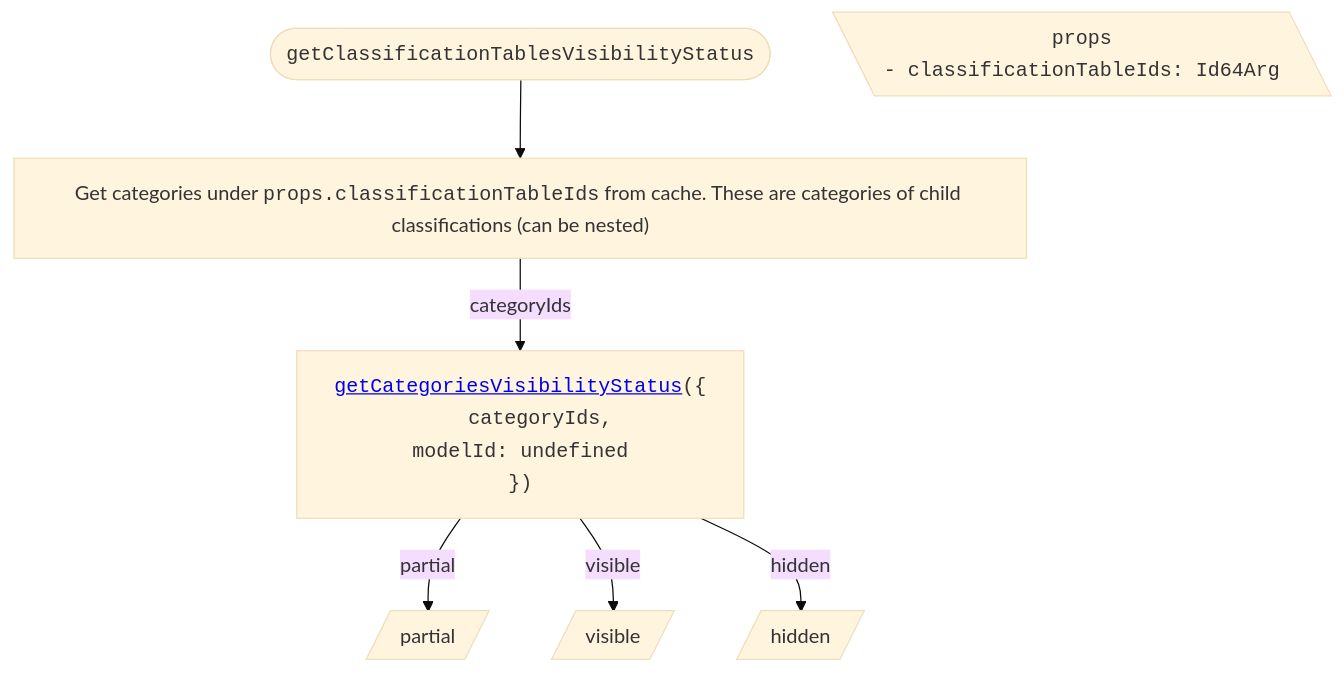
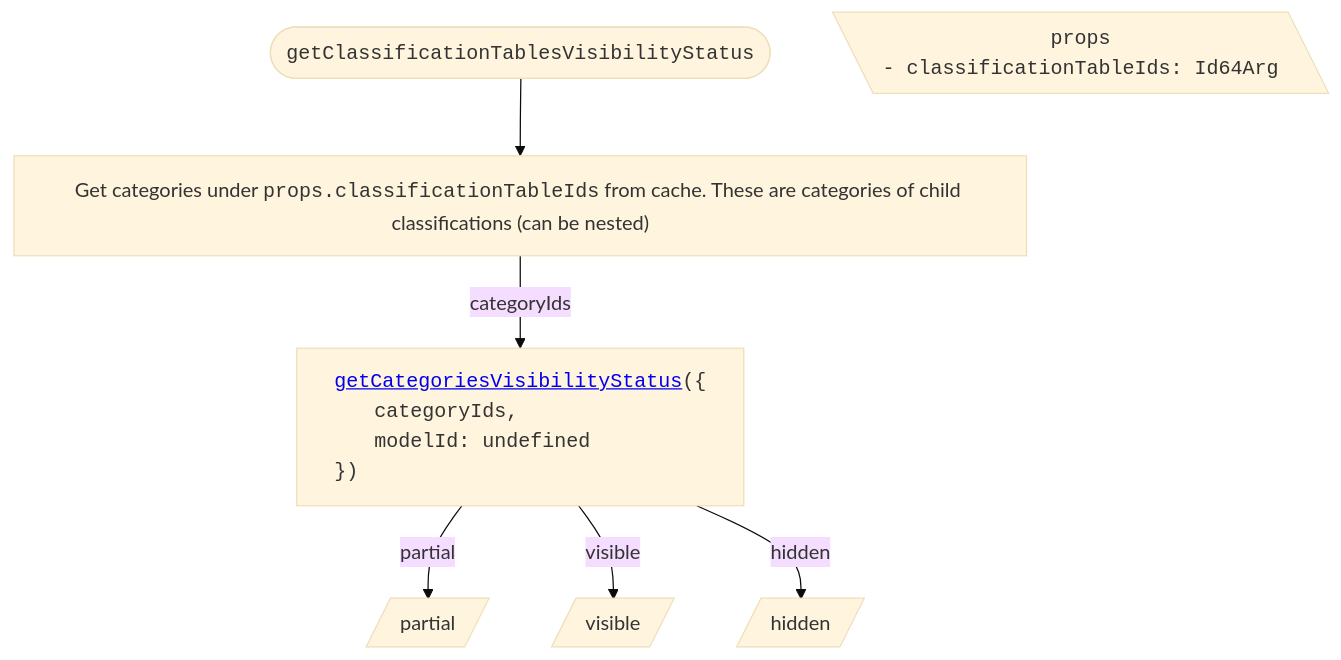
One commit to iTwin/viewer-components-react changed the first of 4 diagrams in packages/itwin/tree-widget/docs/ClassificationsTreeVisibilityHandling.md. Above: the diagram before and after it, drawn with Mermaid (base theme). The commit also changed other lines of this file and 3 other files, not shown here.

````diff
--- a/packages/itwin/tree-widget/docs/ClassificationsTreeVisibilityHandling.md
+++ b/packages/itwin/tree-widget/docs/ClassificationsTreeVisibilityHandling.md
@@ -25,32 +25,32 @@
 ```mermaid
 ---
 config:
   flowchart:
     wrappingWidth: 750
     useMaxWidth: false
 ---
 
 flowchart TD
   RESULT_Partial[/partial/]
   RESULT_Visible[/visible/]
   RESULT_Hidden[/hidden/]
 
 
   %% Start
   TITLE(["<code>getClassificationTablesVisibilityStatus</code>"]) --> A["Get categories under <code>props.classificationTableIds</code> from cache. These are categories of child classifications (can be nested)"]
 
   PROPS[\"
     <code>props</code>
-    <code style='text-align: left;'>- classificationTableIds: Id64Arg</code>
+    <code style='display: block; text-align: left;'>- classificationTableIds: Id64Arg</code>
   "\]
 
-  A -- categoryIds --> B["<code style='text-align: left;'><a href='./SharedVisibilityHandling.md#getcategoriesvisibilitystatus'>getCategoriesVisibilityStatus</a>({
-    <code style='padding-left: 2rem'>categoryIds,
-    modelId: undefined</code>
+  A -- categoryIds --> B["<code style='display: block; text-align: left;'><a href='./SharedVisibilityHandling.md#getcategoriesvisibilitystatus'>getCategoriesVisibilityStatus</a>({
+    <code style='padding-left: 2rem'>categoryIds,</code>
+    <code style='padding-left: 2rem'>modelId: undefined</code>
   })</code>"]
 
   %% Results
   B -- partial --> RESULT_Partial
   B -- visible --> RESULT_Visible
   B -- hidden --> RESULT_Hidden
 ```
````
